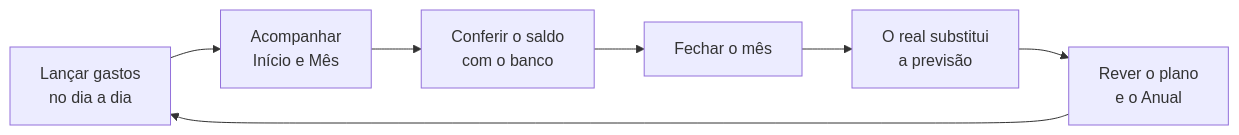
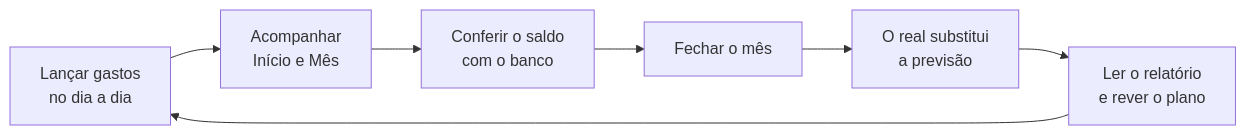
The first of 5 diagrams in README.md (HunterBDZ/Financeiro), drawn with Mermaid before and after one commit. The commit also changed other lines of this file and 44 other files, not shown here.

Commit message:
Versão 1.5.0: aba Relatório em PDF no lugar da Anual, com placar do planejamento

````diff
--- a/README.md
+++ b/README.md
@@ -141,9 +155,9 @@
 ```mermaid
 flowchart LR
     A["Lançar gastos<br>no dia a dia"] --> B["Acompanhar<br>Início e Mês"]
     B --> C["Conferir o saldo<br>com o banco"]
     C --> D["Fechar o mês"]
     D --> E["O real substitui<br>a previsão"]
-    E --> F["Rever o plano<br>e o Anual"]
+    E --> F["Ler o relatório<br>e rever o plano"]
     F --> A
 ```
````
